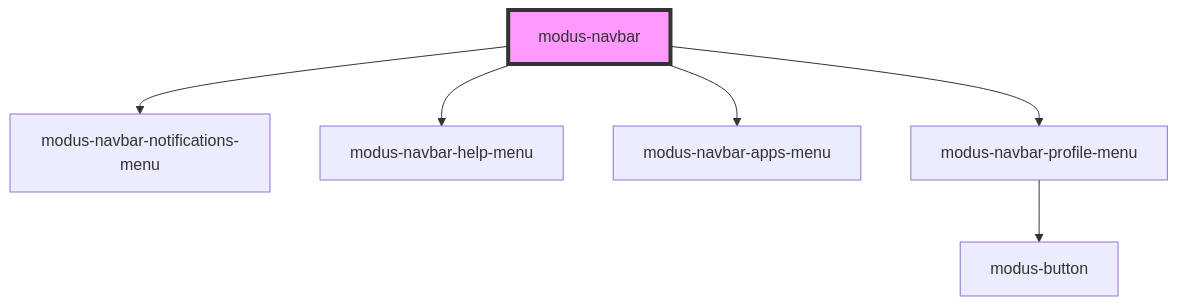
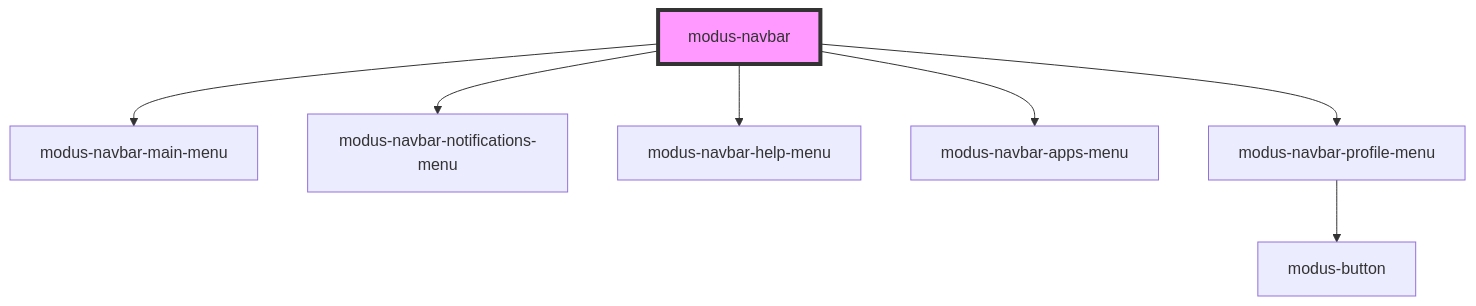
The diagram in src/components/modus-navbar/readme.md (trimble-oss/modus-web-components), drawn with Mermaid before and after one commit. The commit also changed other lines of this file and 6 other files, not shown here.

Commit message:
Add Navbar main menu

````diff
--- a/src/components/modus-navbar/readme.md
+++ b/src/components/modus-navbar/readme.md
@@ -42,9 +43,10 @@
 ```mermaid
 graph TD;
+  modus-navbar --> modus-navbar-main-menu
   modus-navbar --> modus-navbar-notifications-menu
   modus-navbar --> modus-navbar-help-menu
   modus-navbar --> modus-navbar-apps-menu
   modus-navbar --> modus-navbar-profile-menu
   modus-navbar-profile-menu --> modus-button
   style modus-navbar fill:#f9f,stroke:#333,stroke-width:4px
 ```
````
